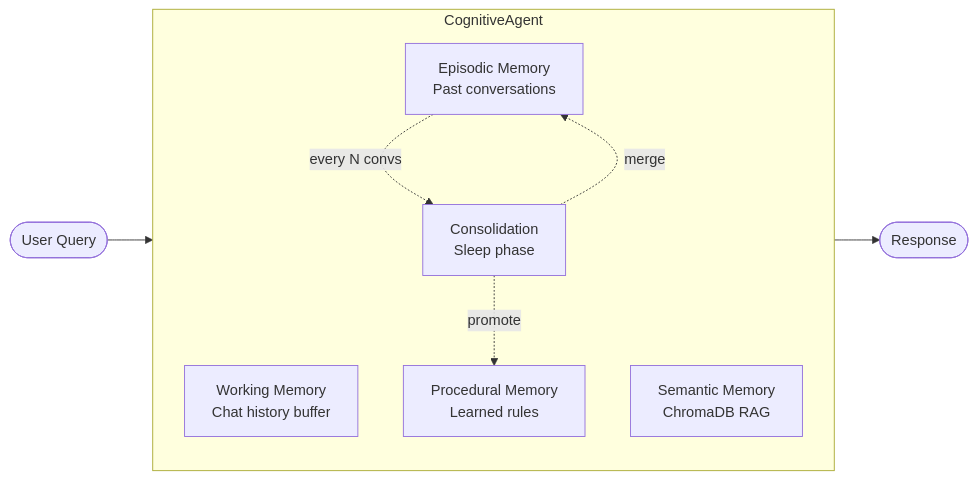
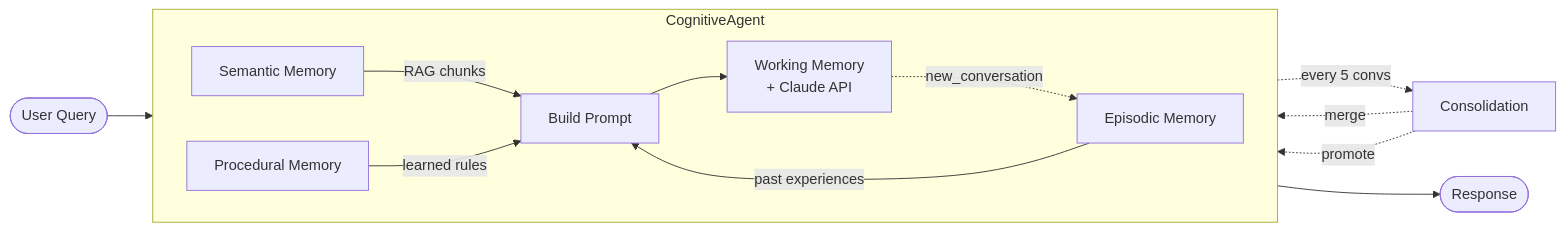
Before and after one commit to apattichis/cognitive-memory-agent: the first of 4 diagrams in ARCHITECTURE.md, drawn with Mermaid. The commit also changed other lines of this file and 1 other file, not shown here.

First line of the commit message:
docs: fix architecture diagrams and add flow chart to README

````diff
--- a/ARCHITECTURE.md
+++ b/ARCHITECTURE.md
@@ -7,19 +7,18 @@
 ```mermaid
 flowchart LR
     User([User Query]) --> Agent
+    Agent --> Response([Response])
 
     subgraph Agent[CognitiveAgent]
-        direction TB
-        WM[Working Memory<br/>Chat history buffer]
-        SM[Semantic Memory<br/>ChromaDB RAG]
-        EM[Episodic Memory<br/>Past conversations]
-        PM[Procedural Memory<br/>Learned rules]
-        CON[Consolidation<br/>Sleep phase]
+        direction LR
+        SM[Semantic Memory] -->|RAG chunks| BUILD
+        EM[Episodic Memory] -->|past experiences| BUILD
+        PM[Procedural Memory] -->|learned rules| BUILD
+        BUILD[Build Prompt] --> WM[Working Memory<br/>+ Claude API]
     end
 
-    Agent --> Response([Response])
-
-    EM -.->|every N convs| CON
+    WM -.->|new_conversation| EM
+    EM -.->|every 5 convs| CON[Consolidation]
     CON -.->|merge| EM
     CON -.->|promote| PM
 ```
````
